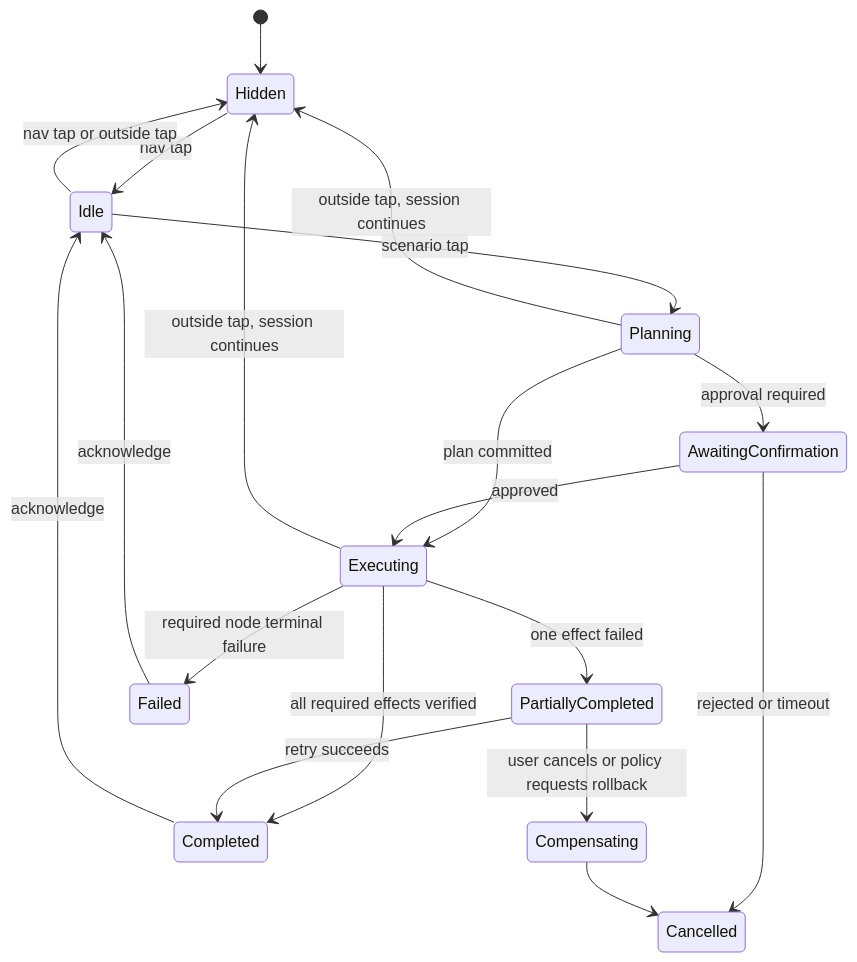
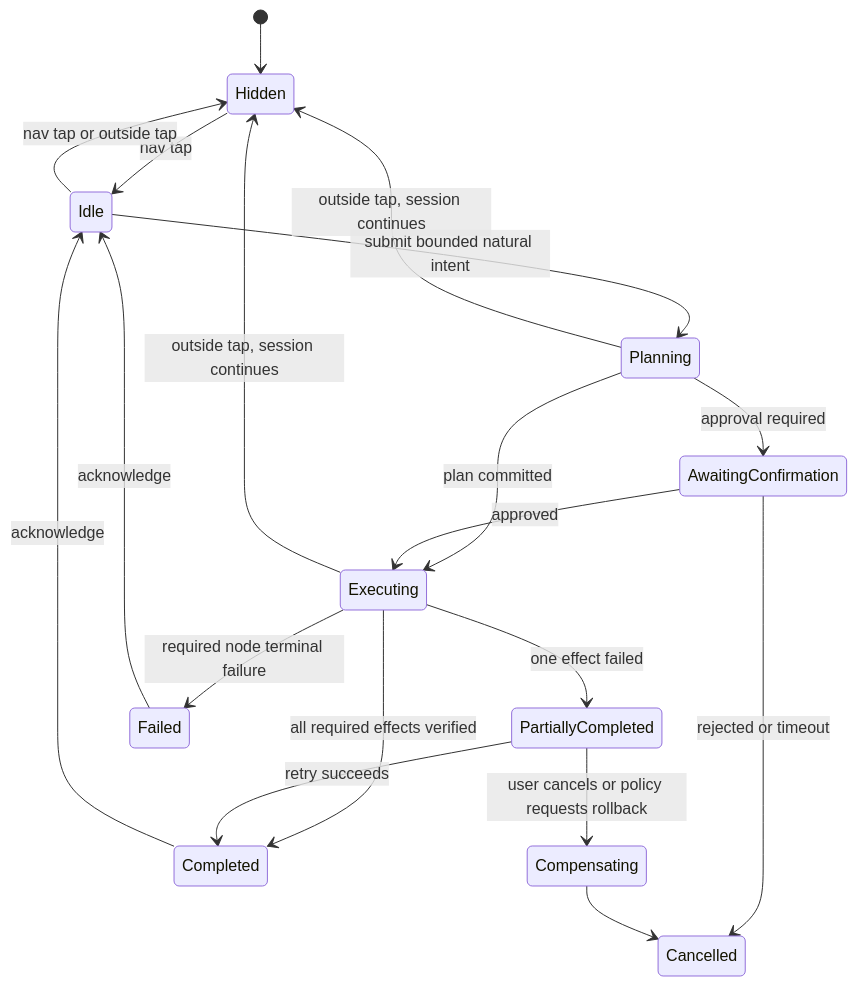
One commit to LucasWEIchen/CougarOS changed the first of 2 diagrams in docs/CENTRAL_BRAIN_AIOS_STAGE2_PRODUCT_UX_PLAN.md. Above: the diagram before and after it, drawn with Mermaid. The commit also changed other lines of this file and 27 other files, not shown here.

````diff
--- a/docs/CENTRAL_BRAIN_AIOS_STAGE2_PRODUCT_UX_PLAN.md
+++ b/docs/CENTRAL_BRAIN_AIOS_STAGE2_PRODUCT_UX_PLAN.md
@@ -124,21 +131,21 @@
 ```mermaid
 stateDiagram-v2
     [*] --> Hidden
     Hidden --> Idle: nav tap
-    Idle --> Planning: scenario tap
+    Idle --> Planning: submit bounded natural intent
     Planning --> AwaitingConfirmation: approval required
     Planning --> Executing: plan committed
     AwaitingConfirmation --> Executing: approved
     AwaitingConfirmation --> Cancelled: rejected or timeout
     Executing --> PartiallyCompleted: one effect failed
     Executing --> Completed: all required effects verified
     Executing --> Failed: required node terminal failure
     PartiallyCompleted --> Completed: retry succeeds
     PartiallyCompleted --> Compensating: user cancels or policy requests rollback
     Compensating --> Cancelled
     Completed --> Idle: acknowledge
     Failed --> Idle: acknowledge
     Idle --> Hidden: nav tap or outside tap
     Planning --> Hidden: outside tap, session continues
     Executing --> Hidden: outside tap, session continues
 ```
````
